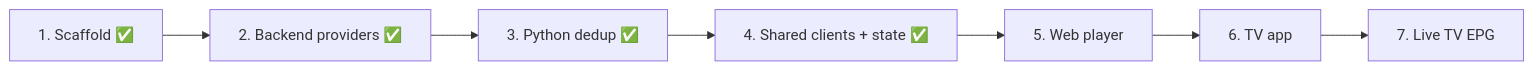
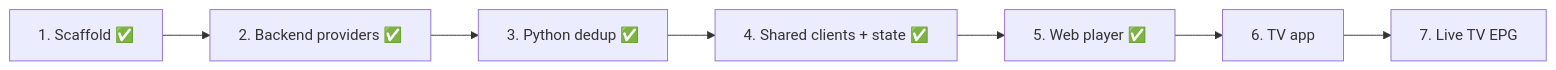
Before and after one commit to brunoccst/iptv-player: the diagram in documentation/NEXT-STEPS.md, drawn with Mermaid. The commit also changed other lines of this file and 137 other files, not shown here.

First line of the commit message:
Step 5: Netflix-style web player with encrypted offline downloads

````diff
--- a/documentation/NEXT-STEPS.md
+++ b/documentation/NEXT-STEPS.md
@@ -7,5 +7,5 @@
 ```mermaid
 flowchart LR
   S1[1. Scaffold ✅] --> S2[2. Backend providers ✅] --> S3[3. Python dedup ✅] --> S4[4. Shared clients + state ✅]
-  S4 --> S5[5. Web player] --> S6[6. TV app] --> S7[7. Live TV EPG]
+  S4 --> S5[5. Web player ✅] --> S6[6. TV app] --> S7[7. Live TV EPG]
 ```
````
